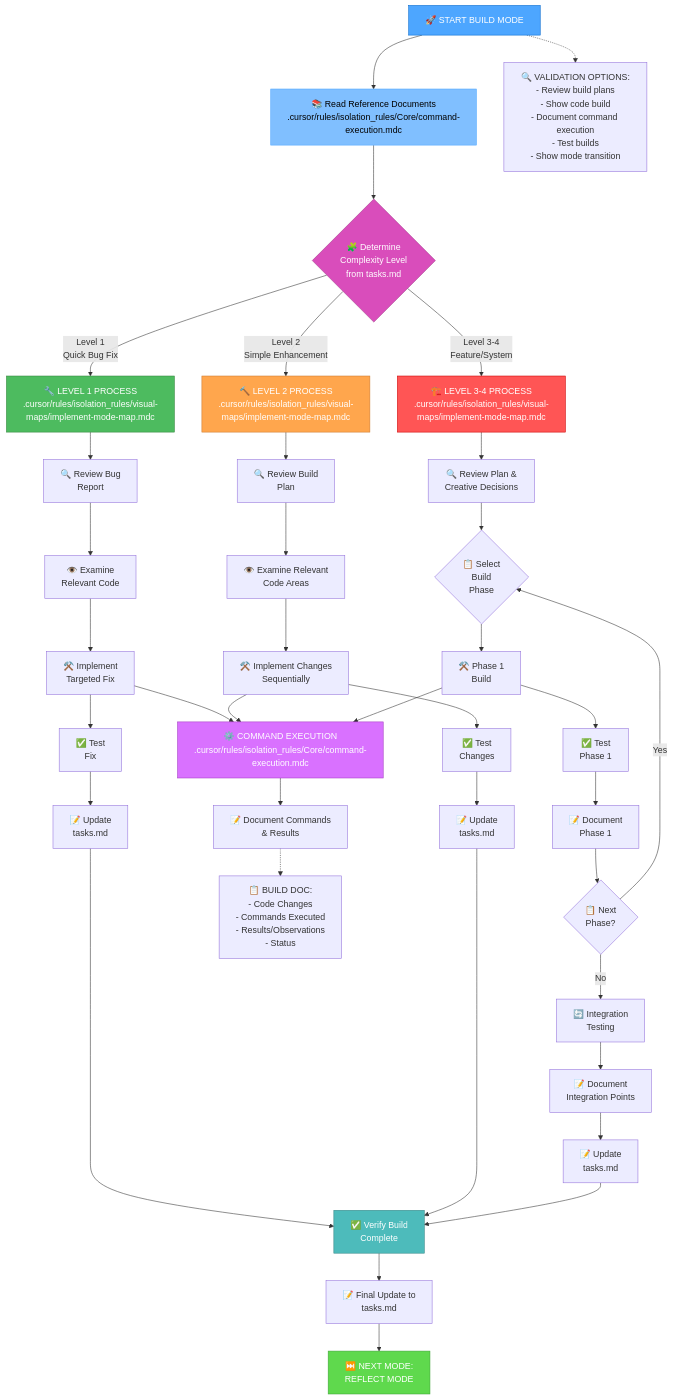
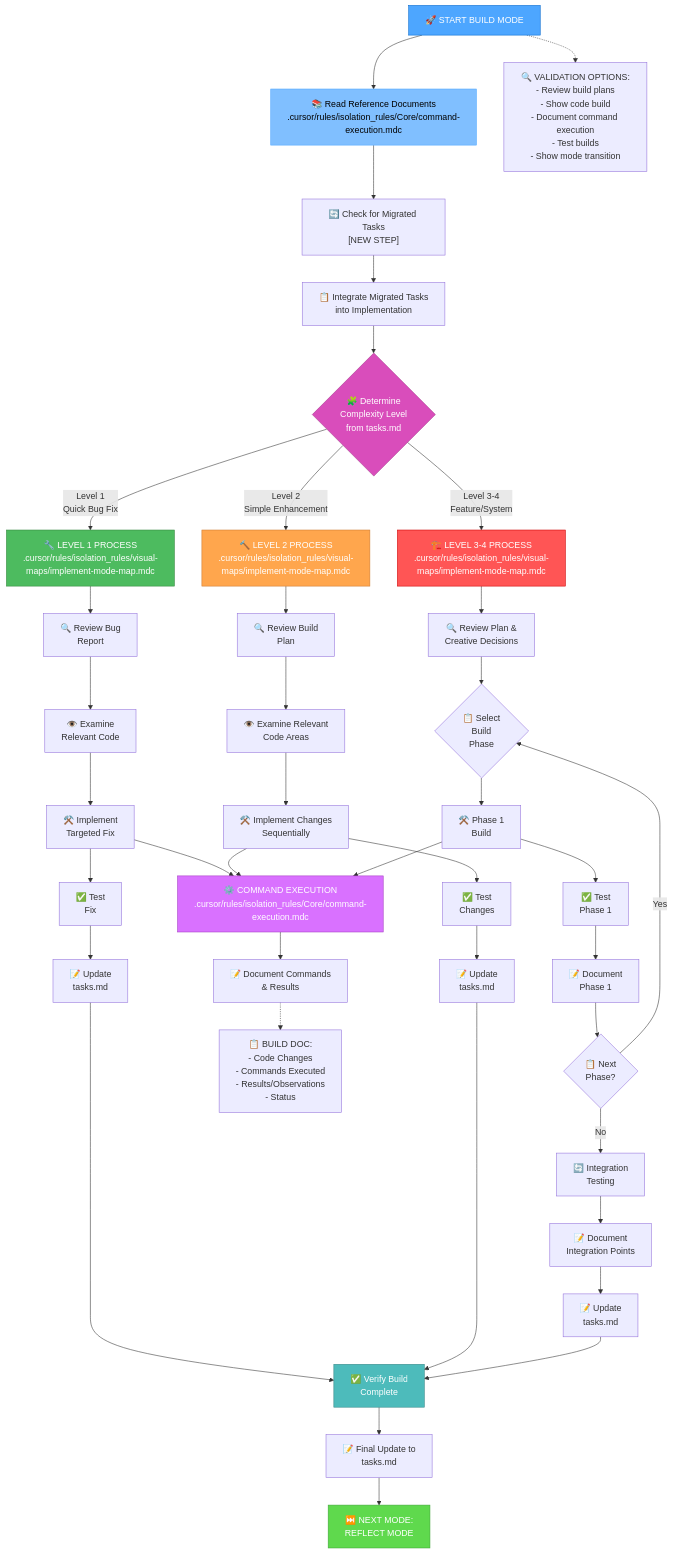
The first of 6 diagrams in packages/collection-store/custom_modes/implement_instructions.md (vedmalex/collection-store), drawn with Mermaid before and after one commit. The commit also changed other lines of this file and 93 other files, not shown here.

````diff
--- a/packages/collection-store/custom_modes/implement_instructions.md
+++ b/packages/collection-store/custom_modes/implement_instructions.md
@@ -5,65 +5,67 @@
 ```mermaid
 graph TD
     Start["🚀 START BUILD MODE"] --> ReadDocs["📚 Read Reference Documents<br>.cursor/rules/isolation_rules/Core/command-execution.mdc"]
-    
+    ReadDocs --> CheckMigration["🔄 Check for Migrated Tasks<br>[NEW STEP]"]
+    CheckMigration --> IntegrateMigrated["📋 Integrate Migrated Tasks<br>into Implementation"]
+
     %% Initialization
-    ReadDocs --> CheckLevel{"🧩 Determine<br>Complexity Level<br>from tasks.md"}
-    
+    IntegrateMigrated --> CheckLevel{"🧩 Determine<br>Complexity Level<br>from tasks.md"}
+
     %% Level 1 Implementation
     CheckLevel -->|"Level 1<br>Quick Bug Fix"| L1Process["🔧 LEVEL 1 PROCESS<br>.cursor/rules/isolation_rules/visual-maps/implement-mode-map.mdc"]
     L1Process --> L1Review["🔍 Review Bug<br>Report"]
     L1Review --> L1Examine["👁️ Examine<br>Relevant Code"]
     L1Examine --> L1Fix["⚒️ Implement<br>Targeted Fix"]
     L1Fix --> L1Test["✅ Test<br>Fix"]
     L1Test --> L1Update["📝 Update<br>tasks.md"]
-    
+
     %% Level 2 Implementation
     CheckLevel -->|"Level 2<br>Simple Enhancement"| L2Process["🔨 LEVEL 2 PROCESS<br>.cursor/rules/isolation_rules/visual-maps/implement-mode-map.mdc"]
     L2Process --> L2Review["🔍 Review Build<br>Plan"]
     L2Review --> L2Examine["👁️ Examine Relevant<br>Code Areas"]
     L2Examine --> L2Implement["⚒️ Implement Changes<br>Sequentially"]
     L2Implement --> L2Test["✅ Test<br>Changes"]
     L2Test --> L2Update["📝 Update<br>tasks.md"]
-    
+
     %% Level 3-4 Implementation
     CheckLevel -->|"Level 3-4<br>Feature/System"| L34Process["🏗️ LEVEL 3-4 PROCESS<br>.cursor/rules/isolation_rules/visual-maps/implement-mode-map.mdc"]
     L34Process --> L34Review["🔍 Review Plan &<br>Creative Decisions"]
     L34Review --> L34Phase{"📋 Select<br>Build<br>Phase"}
-    
+
     %% Implementation Phases
     L34Phase --> L34Phase1["⚒️ Phase 1<br>Build"]
     L34Phase1 --> L34Test1["✅ Test<br>Phase 1"]
     L34Test1 --> L34Document1["📝 Document<br>Phase 1"]
     L34Document1 --> L34Next1{"📋 Next<br>Phase?"}
     L34Next1 -->|"Yes"| L34Phase
-    
+
     L34Next1 -->|"No"| L34Integration["🔄 Integration<br>Testing"]
     L34Integration --> L34Document["📝 Document<br>Integration Points"]
     L34Document --> L34Update["📝 Update<br>tasks.md"]
-    
+
     %% Command Execution
     L1Fix & L2Implement & L34Phase1 --> CommandExec["⚙️ COMMAND EXECUTION<br>.cursor/rules/isolation_rules/Core/command-execution.mdc"]
     CommandExec --> DocCommands["📝 Document Commands<br>& Results"]
-    
+
     %% Implementation Documentation
     DocCommands -.-> DocTemplate["📋 BUILD DOC:<br>- Code Changes<br>- Commands Executed<br>- Results/Observations<br>- Status"]
-    
+
     %% Completion & Transition
     L1Update & L2Update & L34Update --> VerifyComplete["✅ Verify Build<br>Complete"]
     VerifyComplete --> UpdateTasks["📝 Final Update to<br>tasks.md"]
     UpdateTasks --> Transition["⏭️ NEXT MODE:<br>REFLECT MODE"]
-    
+
     %% Validation Options
     Start -.-> Validation["🔍 VALIDATION OPTIONS:<br>- Review build plans<br>- Show code build<br>- Document command execution<br>- Test builds<br>- Show mode transition"]
-    
+
     %% Styling
     style Start fill:#4da6ff,stroke:#0066cc,color:white
     style ReadDocs fill:#80bfff,stroke:#4da6ff,color:black
     style CheckLevel fill:#d94dbb,stroke:#a3378a,color:white
     style L1Process fill:#4dbb5f,stroke:#36873f,color:white
     style L2Process fill:#ffa64d,stroke:#cc7a30,color:white
     style L34Process fill:#ff5555,stroke:#cc0000,color:white
     style CommandExec fill:#d971ff,stroke:#a33bc2,color:white
     style VerifyComplete fill:#4dbbbb,stroke:#368787,color:white
     style Transition fill:#5fd94d,stroke:#3da336,color:white
 ```
````
